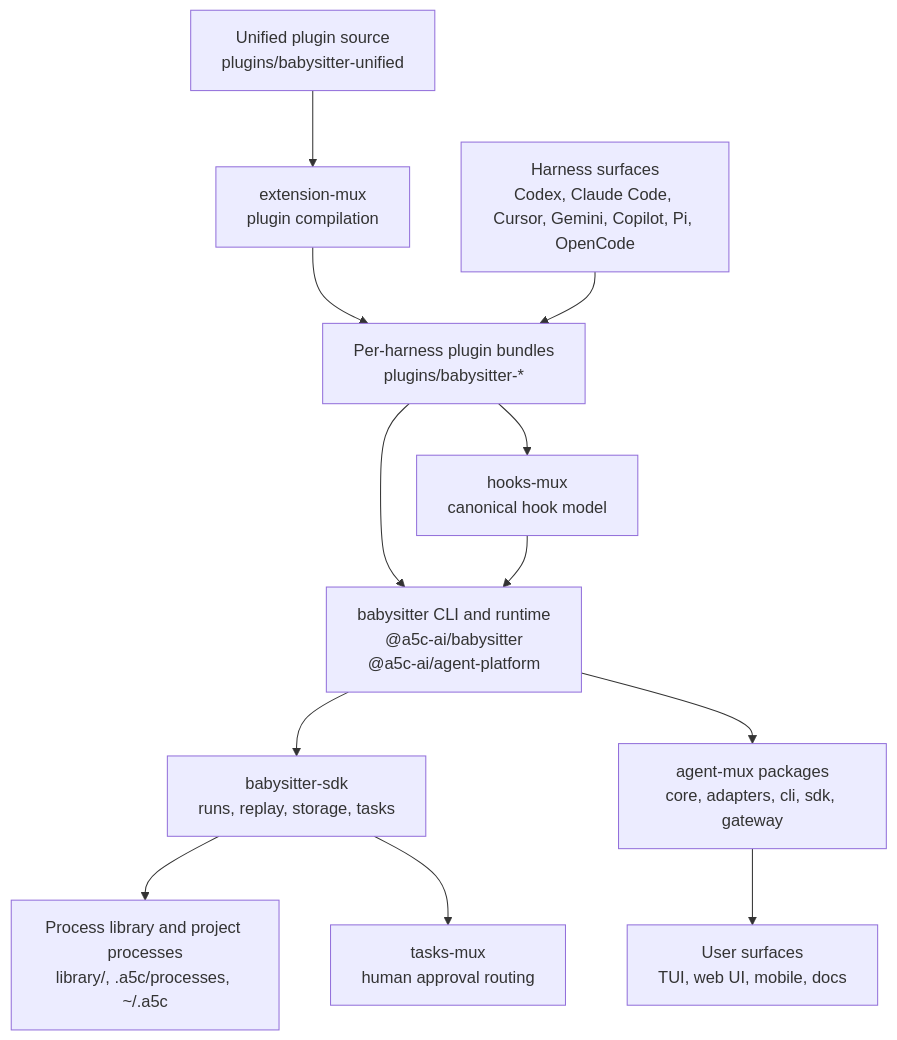
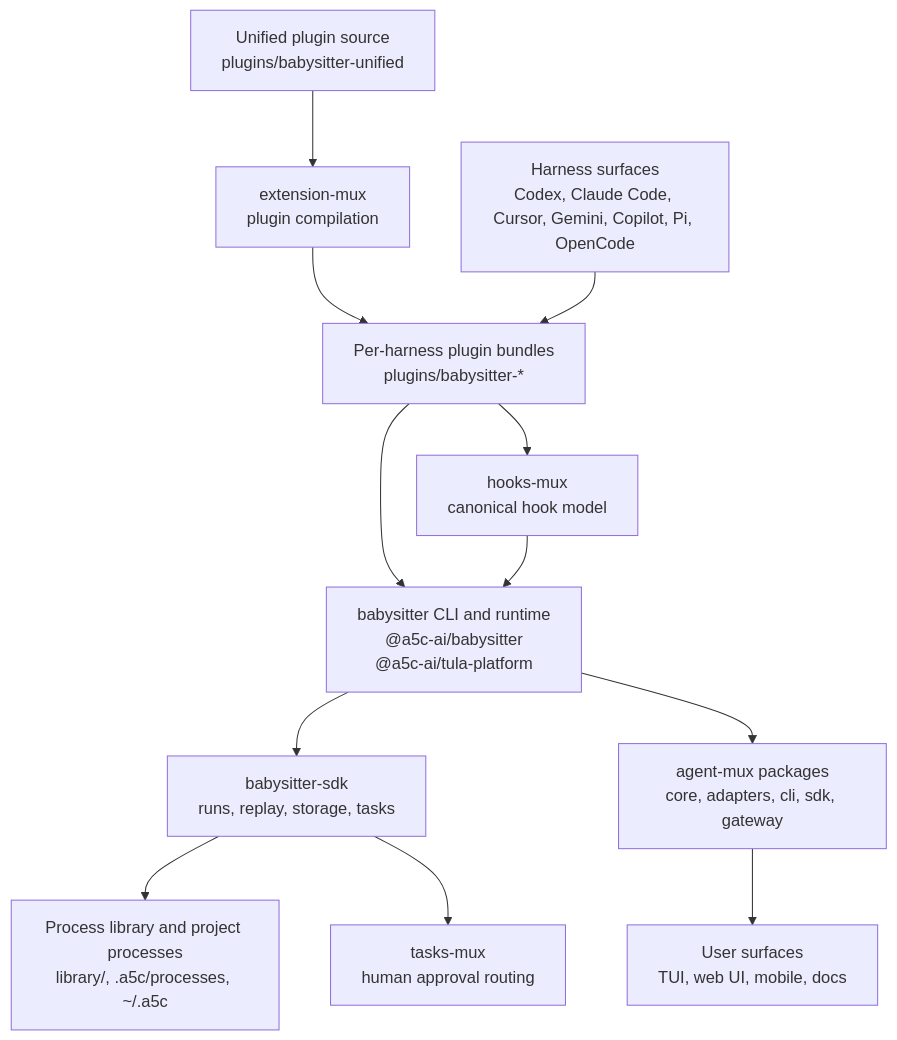
The diagram in docs/v6-spec-and-roadmap/unified-stack-architecture.md (a5c-ai/babysitter), drawn with Mermaid before and after one commit. The commit also changed other lines of this file and 466 other files, not shown here.

First line of the commit message:
feat: rename agent-platform → tula-platform (#838)

````diff
--- a/docs/v6-spec-and-roadmap/unified-stack-architecture.md
+++ b/docs/v6-spec-and-roadmap/unified-stack-architecture.md
@@ -23,26 +23,26 @@
 ```mermaid
 flowchart TD
   H[Harness surfaces<br/>Codex, Claude Code, Cursor, Gemini, Copilot, Pi, OpenCode]
   U[Unified plugin source<br/>plugins/babysitter-unified]
   P[Per-harness plugin bundles<br/>plugins/babysitter-*]
   HM[hooks-mux<br/>canonical hook model]
-  CLI[babysitter CLI and runtime<br/>@a5c-ai/babysitter<br/>@a5c-ai/agent-platform]
+  CLI[babysitter CLI and runtime<br/>@a5c-ai/babysitter<br/>@a5c-ai/tula-platform]
   SDK[babysitter-sdk<br/>runs, replay, storage, tasks]
   LIB[Process library and project processes<br/>library/, .a5c/processes, ~/.a5c]
   BP[tasks-mux<br/>human approval routing]
   APM[extension-mux<br/>plugin compilation]
   AMUX[agent-mux packages<br/>core, adapters, cli, sdk, gateway]
   UI[User surfaces<br/>TUI, web UI, mobile, docs]
 
   U --> APM
   APM --> P
   H --> P
   P --> HM
   P --> CLI
   HM --> CLI
   CLI --> SDK
   SDK --> LIB
   SDK --> BP
   CLI --> AMUX
   AMUX --> UI
 ```
````
